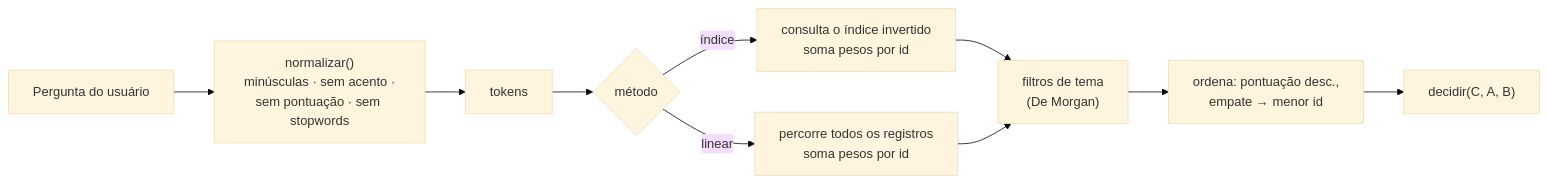
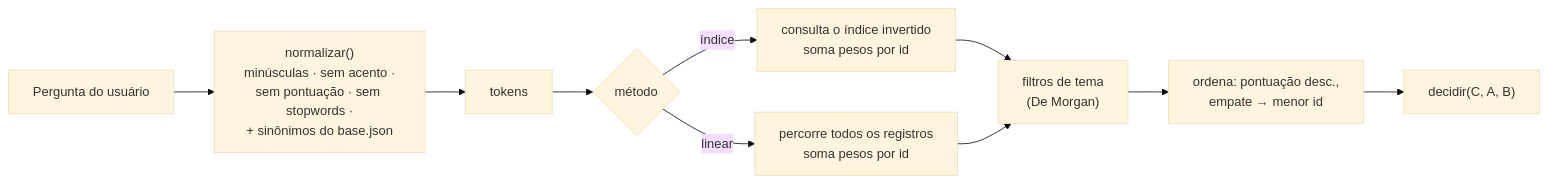
The sixth of 15 diagrams in docs/arquitetura.md (JFrois/GlobalSolution_CitizenTech), drawn with Mermaid (base theme) before and after one commit. The commit also changed other lines of this file and 5 other files, not shown here.

````diff
--- a/docs/arquitetura.md
+++ b/docs/arquitetura.md
@@ -231,11 +231,11 @@
 ```mermaid
 flowchart LR
-    P["Pergunta do usuário"] --> N["normalizar()<br/>minúsculas · sem acento ·<br/>sem pontuação · sem stopwords"]
+    P["Pergunta do usuário"] --> N["normalizar()<br/>minúsculas · sem acento ·<br/>sem pontuação · sem stopwords ·<br/>+ sinônimos do base.json"]
     N --> T["tokens"]
     T --> I{"método"}
     I -->|índice| IX["consulta o índice invertido<br/>soma pesos por id"]
     I -->|linear| LN["percorre todos os registros<br/>soma pesos por id"]
     IX & LN --> F["filtros de tema<br/>(De Morgan)"]
     F --> O["ordena: pontuação desc.,<br/>empate → menor id"]
     O --> D["decidir(C, A, B)"]
 ```
````
